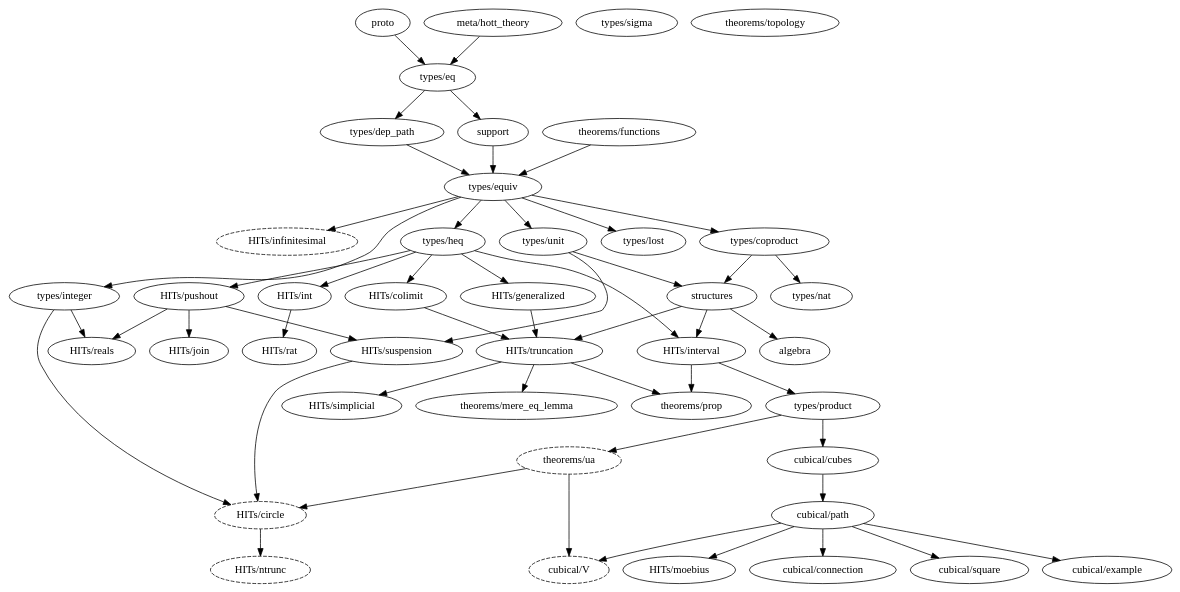
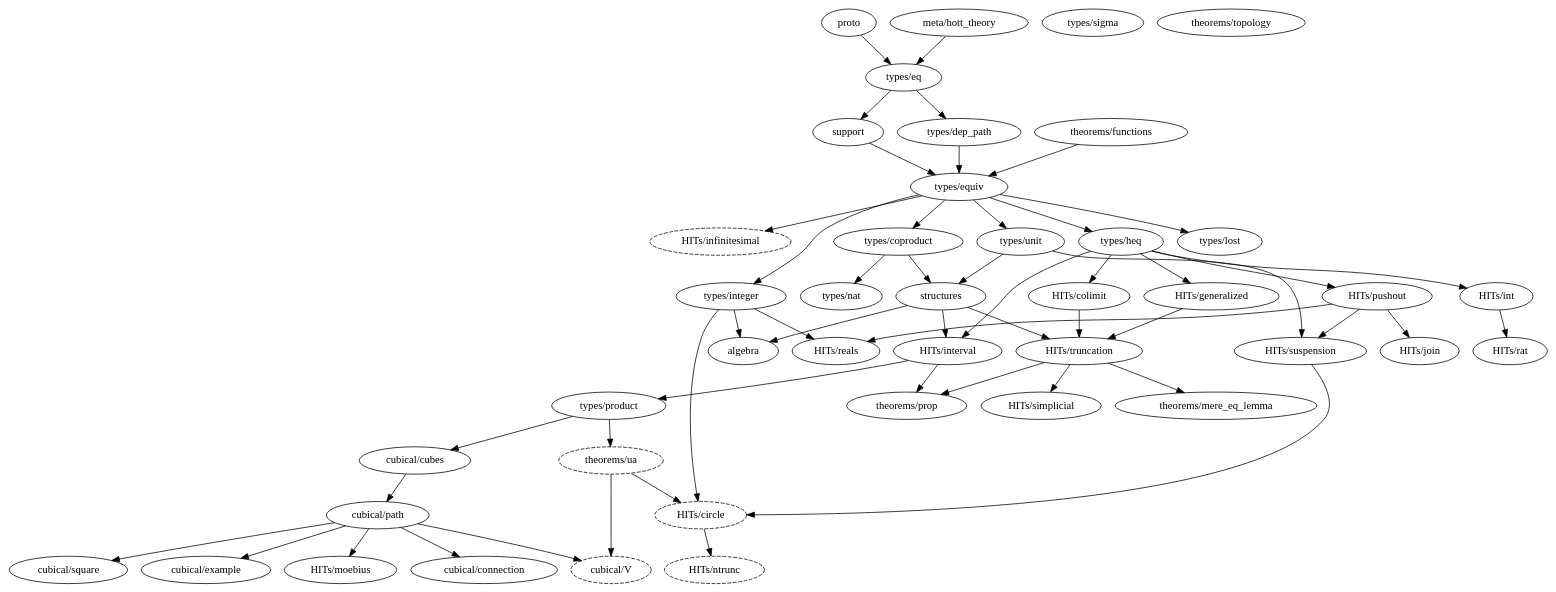
One commit to forked-from-1kasper/ground_zero changed the diagram in dependency_map.gv. Above: the diagram before and after it, drawn with Graphviz. The commit also changed 3 other files, not shown here.

```diff
--- a/dependency_map.gv
+++ b/dependency_map.gv
@@ -1,84 +1,83 @@
 digraph dependency_map {
   proto -> "types/eq"
   "meta/hott_theory" -> "types/eq"
   support -> "types/equiv"
   structures -> { "HITs/interval", "HITs/truncation", algebra }
 
   subgraph univalence {
     node [style=dashed]
-    algebra
     "HITs/circle"
     "HITs/infinitesimal"
     "HITs/ntrunc"
     "theorems/ua"
     "cubical/V"
   }
 
   subgraph types {
     "types/coproduct" -> { "types/nat", structures }
     "types/dep_path" -> "types/equiv"
     "types/eq" -> { "types/dep_path", support }
     "types/equiv" -> {
       "types/heq",
       "types/integer",
       "HITs/infinitesimal",
       "types/coproduct",
       "types/lost",
       "types/unit"
     }
     "types/heq" -> {
       "HITs/colimit",
       "HITs/generalized",
       "HITs/int",
       "HITs/pushout",
       "HITs/interval"
     }
-    "types/integer" ->  { "HITs/circle", "HITs/reals" }
+    "types/integer" ->  { "HITs/circle", "HITs/reals", algebra }
     "types/lost"
     "types/nat"
     "types/product" -> { "cubical/cubes", "theorems/ua" }
     "types/sigma"
     "types/unit" -> { structures, "HITs/suspension" }
   }
 
   subgraph HITs {
     "HITs/circle" -> "HITs/ntrunc"
     "HITs/colimit" -> "HITs/truncation"
     "HITs/generalized" -> "HITs/truncation"
     "HITs/infinitesimal"
     "HITs/int" -> "HITs/rat"
     "HITs/interval" -> { "types/product", "theorems/prop" }
     "HITs/join"
     "HITs/pushout" -> {
       "HITs/join",
       "HITs/reals"
     }
     "HITs/pushout" -> "HITs/suspension"
     "HITs/rat"
     "HITs/reals"
     "HITs/simplicial"
     "HITs/suspension" -> "HITs/circle"
     "HITs/truncation" -> {
       "theorems/mere_eq_lemma",
       "theorems/prop",
       "HITs/simplicial"
     }
   }
 
   subgraph cubical {
     "cubical/path" -> "HITs/moebius"
     "cubical/path" -> "cubical/connection"
     "cubical/cubes" -> "cubical/path"
     "cubical/path" -> "cubical/square"
     "cubical/path" -> "cubical/example"
     "cubical/path" -> "cubical/V"
   }
 
   subgraph theorems {
     "theorems/functions" -> "types/equiv"
     "theorems/mere_eq_lemma"
     "theorems/prop"
     "theorems/topology"
     "theorems/ua" -> { "HITs/circle", "cubical/V" }
   }
 }
```
